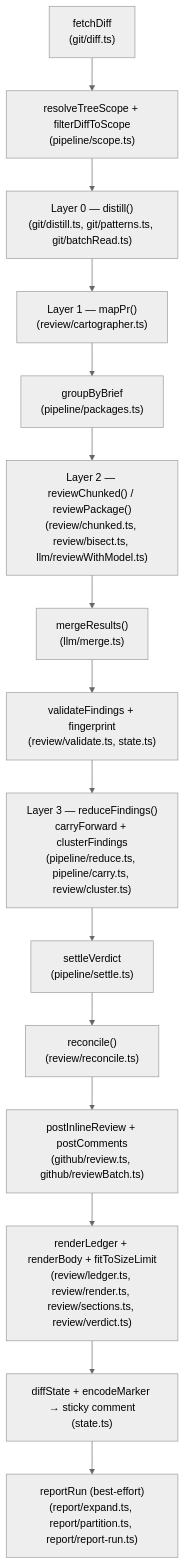
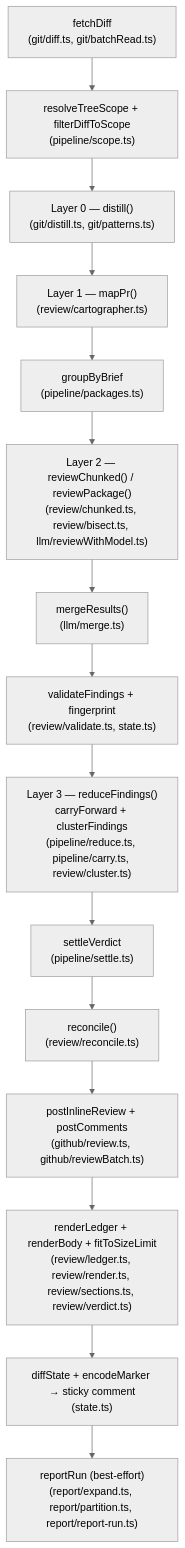
One commit to Falconiere/toolu-ghactions changed the diagram in code-review/docs/architecture.md. Above: the diagram before and after it, drawn with Mermaid (neutral theme). The commit also changed 48 other files, not shown here.

````diff
--- a/code-review/docs/architecture.md
+++ b/code-review/docs/architecture.md
@@ -19,17 +19,17 @@
 ```mermaid
 flowchart TD
-    FD["fetchDiff\n(git/diff.ts)"] --> SC["resolveTreeScope + filterDiffToScope\n(pipeline/scope.ts)"]
-    SC --> L0["Layer 0 — distill()\n(git/distill.ts, git/patterns.ts, git/batchRead.ts)"]
+    FD["fetchDiff\n(git/diff.ts, git/batchRead.ts)"] --> SC["resolveTreeScope + filterDiffToScope\n(pipeline/scope.ts)"]
+    SC --> L0["Layer 0 — distill()\n(git/distill.ts, git/patterns.ts)"]
     L0 --> L1["Layer 1 — mapPr()\n(review/cartographer.ts)"]
     L1 --> PK["groupByBrief\n(pipeline/packages.ts)"]
     PK --> L2["Layer 2 — reviewChunked() / reviewPackage()\n(review/chunked.ts, review/bisect.ts, llm/reviewWithModel.ts)"]
     L2 --> MG["mergeResults()\n(llm/merge.ts)"]
     MG --> VAL["validateFindings + fingerprint\n(review/validate.ts, state.ts)"]
     VAL --> L3["Layer 3 — reduceFindings()\ncarryForward + clusterFindings\n(pipeline/reduce.ts, pipeline/carry.ts, review/cluster.ts)"]
     L3 --> ST["settleVerdict\n(pipeline/settle.ts)"]
     ST --> RC["reconcile()\n(review/reconcile.ts)"]
     RC --> PI["postInlineReview + postComments\n(github/review.ts, github/reviewBatch.ts)"]
     PI --> RD["renderLedger + renderBody + fitToSizeLimit\n(review/ledger.ts, review/render.ts, review/sections.ts, review/verdict.ts)"]
     RD --> MK["diffState + encodeMarker → sticky comment\n(state.ts)"]
     MK --> RP["reportRun (best-effort)\n(report/expand.ts, report/partition.ts, report/report-run.ts)"]
 ```
````
